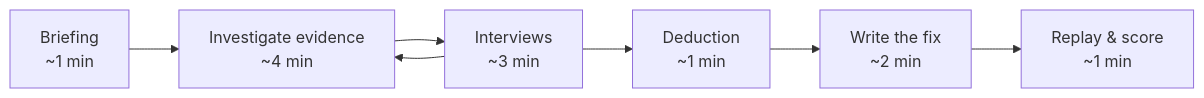
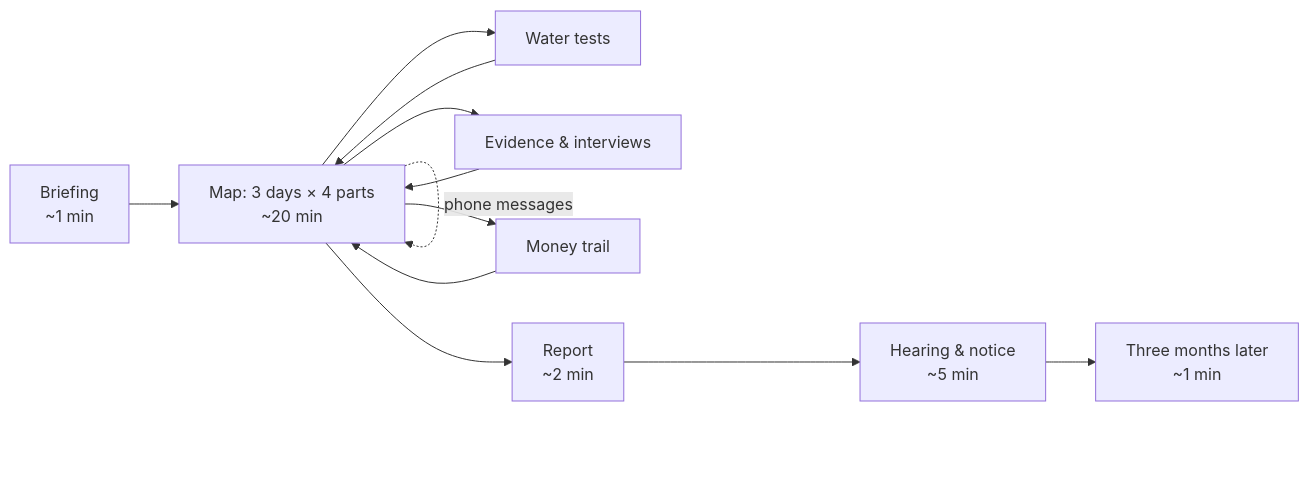
The diagram in README.md (rainersl/comm-det-rblx), drawn with Mermaid before and after one commit. The commit also changed other lines of this file and 31 other files, not shown here.

````diff
--- a/README.md
+++ b/README.md
@@ -122,9 +176,14 @@
 ```mermaid
 flowchart LR
-    A[Briefing<br/>~1 min] --> B[Investigate evidence<br/>~4 min]
-    B --> C[Interviews<br/>~3 min]
+    A[Briefing<br/>~1 min] --> B[Map: 3 days × 4 parts<br/>~20 min]
+    B --> C[Water tests]
+    B --> D[Evidence & interviews]
+    B --> E[Money trail]
     C --> B
-    C --> D[Deduction<br/>~1 min]
-    D --> E[Write the fix<br/>~2 min]
-    E --> F[Replay & score<br/>~1 min]
+    D --> B
+    E --> B
+    B -. phone messages .-> B
+    B --> F[Report<br/>~2 min]
+    F --> G[Hearing & notice<br/>~5 min]
+    G --> H[Three months later<br/>~1 min]
 ```
````
